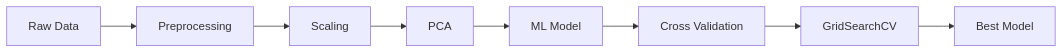
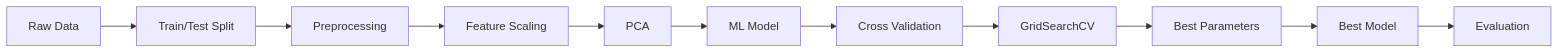
One commit to CyberWol-12/Machine_Learning_with_Python changed the fourth of 12 diagrams in readme.md. Above: the diagram before and after it, drawn with Mermaid. The commit also changed other lines of this file, not shown here.

````diff
--- a/readme.md
+++ b/readme.md
@@ -721,18 +752,18 @@
 ```mermaid
 flowchart LR
 
 A[Raw Data]
---> B[Preprocessing]
+--> B[Train/Test Split]
 
-B --> C[Scaling]
+B --> C[Preprocessing]
+C --> D[Feature Scaling]
+D --> E[PCA]
 
-C --> D[PCA]
+E --> F[ML Model]
+F --> G[Cross Validation]
+G --> H[GridSearchCV]
 
-D --> E[ML Model]
-
-E --> F[Cross Validation]
-
-F --> G[GridSearchCV]
-
-G --> H[Best Model]
+H --> I[Best Parameters]
+I --> J[Best Model]
+J --> K[Evaluation]
 ```
````
